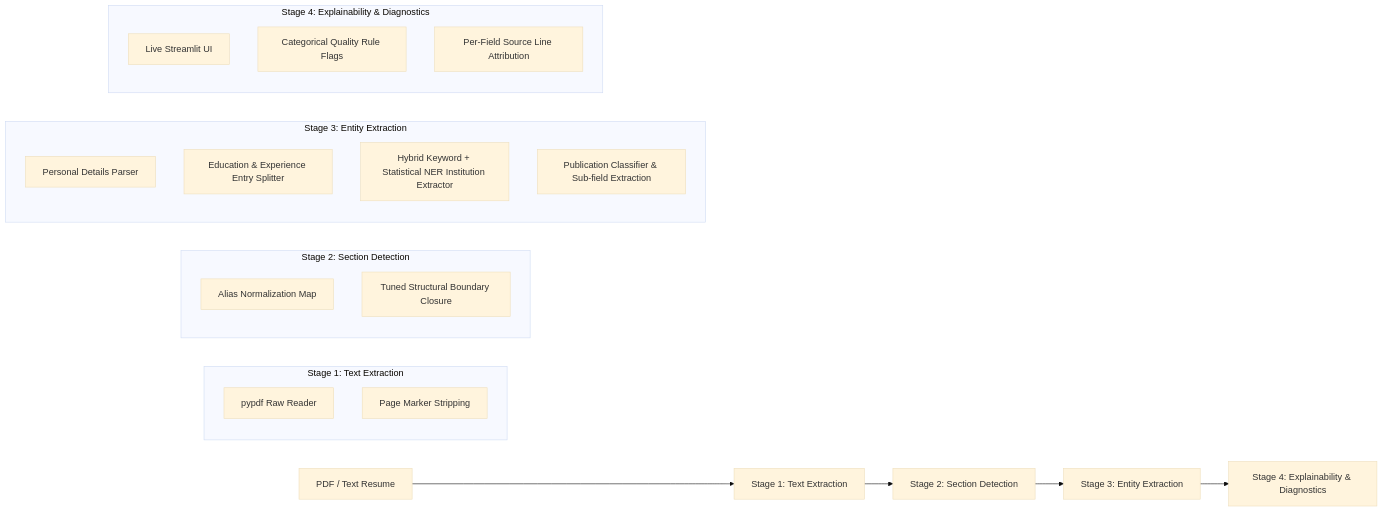
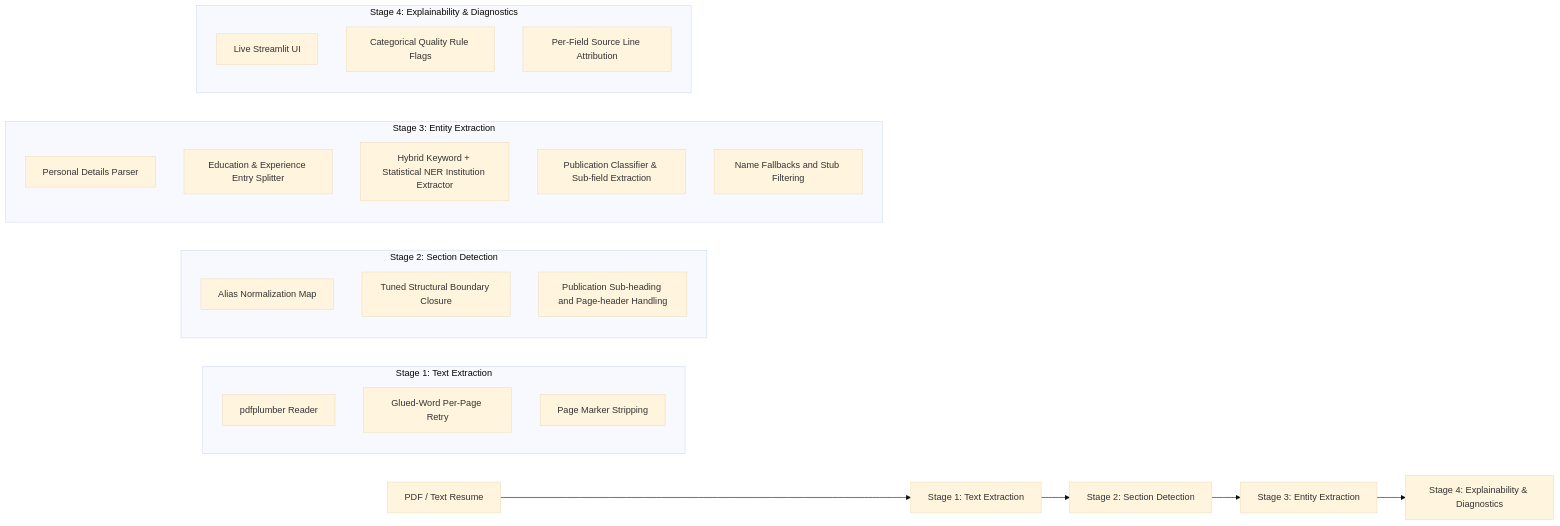
Before and after one commit to shrey-sp4/NLU-Based-Resume-Information-Extraction-and-Recruitment-System: the diagram in README.md, drawn with Mermaid (base theme). The commit also changed other lines of this file, not shown here.

````diff
--- a/README.md
+++ b/README.md
@@ -11,30 +24,33 @@
 ```mermaid
 flowchart LR
     A[PDF / Text Resume] --> B[Stage 1: Text Extraction]
     B --> C[Stage 2: Section Detection]
     C --> D[Stage 3: Entity Extraction]
     D --> E[Stage 4: Explainability & Diagnostics]
 
     subgraph Stage 1: Text Extraction
-    B1[pypdf Raw Reader]
-    B2[Page Marker Stripping]
+    B1[pdfplumber Reader]
+    B2[Glued-Word Per-Page Retry]
+    B3[Page Marker Stripping]
     end
 
     subgraph Stage 2: Section Detection
     C1[Alias Normalization Map]
     C2[Tuned Structural Boundary Closure]
+    C3[Publication Sub-heading and Page-header Handling]
     end
 
     subgraph Stage 3: Entity Extraction
     D1[Personal Details Parser]
     D2[Education & Experience Entry Splitter]
     D3[Hybrid Keyword + Statistical NER Institution Extractor]
     D4[Publication Classifier & Sub-field Extraction]
+    D5[Name Fallbacks and Stub Filtering]
     end
 
     subgraph Stage 4: Explainability & Diagnostics
     E1[Live Streamlit UI]
     E2[Categorical Quality Rule Flags]
     E3[Per-Field Source Line Attribution]
     end
 ```
````
